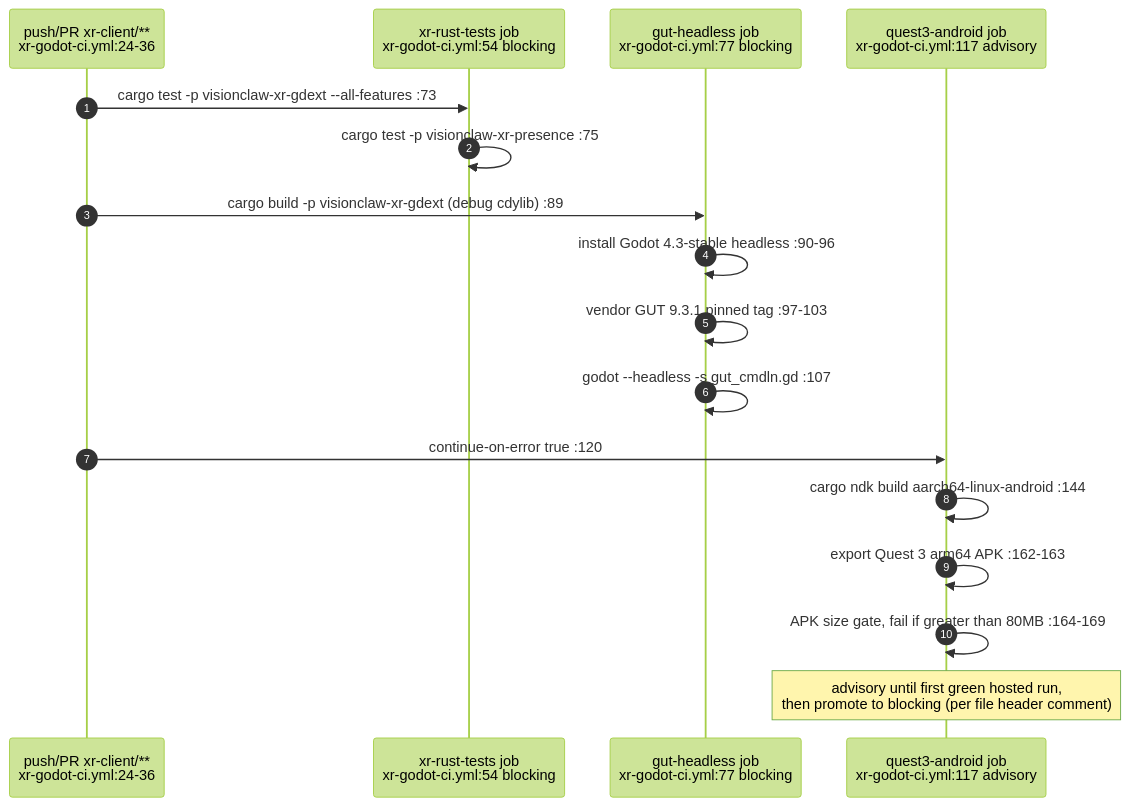
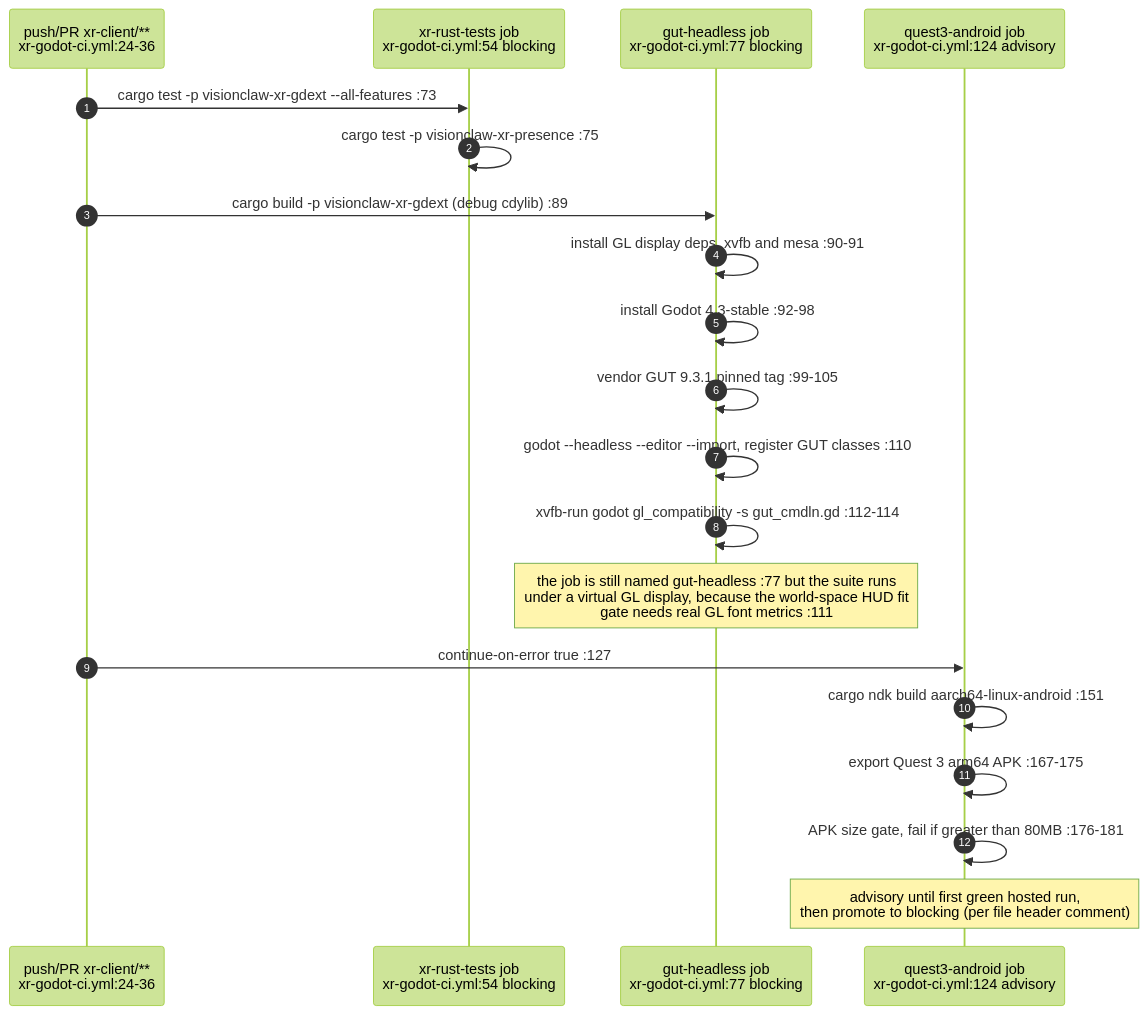
Diagram 14 of 23 in docs/diagrams/estate/09-build-deploy-and-ci-estate.md (DreamLab-AI/VisionFlow), drawn with Mermaid (forest theme) before and after one commit. The commit also changed other lines of this file and 94 other files, not shown here.

First line of the commit message:
docs(diagrams): re-verify 130 topics against 2 October HEADs

````diff
--- a/docs/diagrams/estate/09-build-deploy-and-ci-estate.md
+++ b/docs/diagrams/estate/09-build-deploy-and-ci-estate.md
@@ -495,20 +504,23 @@
 ```mermaid
 sequenceDiagram
     autonumber
     participant GH as push/PR xr-client/**<br/>xr-godot-ci.yml:24-36
     participant RT as xr-rust-tests job<br/>xr-godot-ci.yml:54 blocking
     participant GUT as gut-headless job<br/>xr-godot-ci.yml:77 blocking
-    participant Q3 as quest3-android job<br/>xr-godot-ci.yml:117 advisory
+    participant Q3 as quest3-android job<br/>xr-godot-ci.yml:124 advisory
 
     GH->>RT: cargo test -p visionclaw-xr-gdext --all-features :73
     RT->>RT: cargo test -p visionclaw-xr-presence :75
     GH->>GUT: cargo build -p visionclaw-xr-gdext (debug cdylib) :89
-    GUT->>GUT: install Godot 4.3-stable headless :90-96
-    GUT->>GUT: vendor GUT 9.3.1 pinned tag :97-103
-    GUT->>GUT: godot --headless -s gut_cmdln.gd :107
-    GH->>Q3: continue-on-error true :120
-    Q3->>Q3: cargo ndk build aarch64-linux-android :144
-    Q3->>Q3: export Quest 3 arm64 APK :162-163
-    Q3->>Q3: APK size gate, fail if greater than 80MB :164-169
+    GUT->>GUT: install GL display deps, xvfb and mesa :90-91
+    GUT->>GUT: install Godot 4.3-stable :92-98
+    GUT->>GUT: vendor GUT 9.3.1 pinned tag :99-105
+    GUT->>GUT: godot --headless --editor --import, register GUT classes :110
+    GUT->>GUT: xvfb-run godot gl_compatibility -s gut_cmdln.gd :112-114
+    Note over GUT: the job is still named gut-headless :77 but the suite runs<br/>under a virtual GL display, because the world-space HUD fit<br/>gate needs real GL font metrics :111
+    GH->>Q3: continue-on-error true :127
+    Q3->>Q3: cargo ndk build aarch64-linux-android :151
+    Q3->>Q3: export Quest 3 arm64 APK :167-175
+    Q3->>Q3: APK size gate, fail if greater than 80MB :176-181
     Note over Q3: advisory until first green hosted run,<br/>then promote to blocking (per file header comment)
 ```
````
